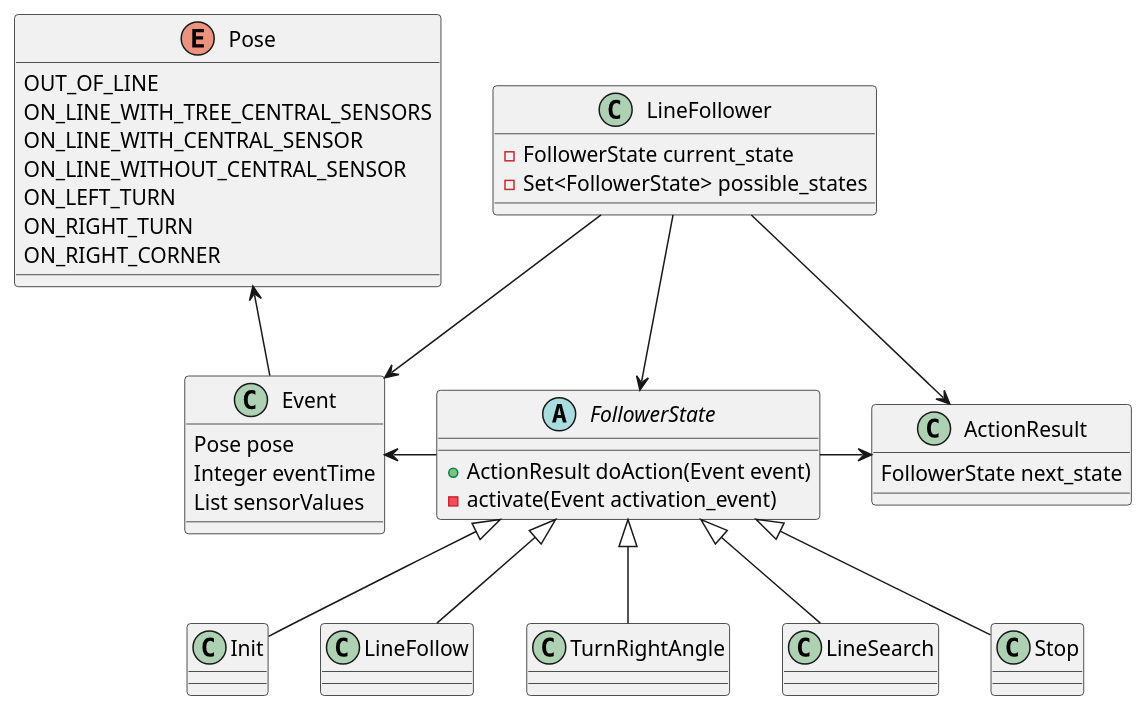
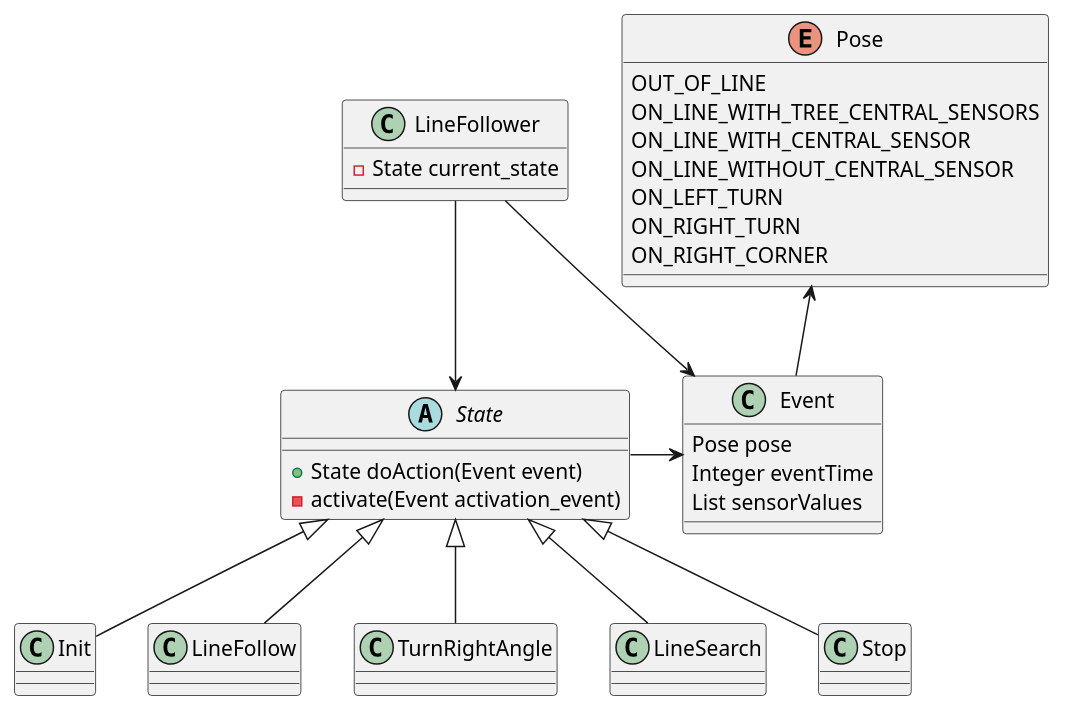
Before and after one commit to makarov-na/alpha-bot2: the diagram in doc/follower_class_diagram.puml, drawn with PlantUML.

Commit message:
#16 Class diagram for new algoritm with state machine

```diff
--- a/doc/follower_class_diagram.puml
+++ b/doc/follower_class_diagram.puml
@@ -1,48 +1,41 @@
 @startuml
 
 class LineFollower {
-    -FollowerState current_state
-    -Set<FollowerState> possible_states
+    -State current_state
 }
 
-abstract class FollowerState{
-    +ActionResult doAction(Event event)
+abstract class State{
+    +State doAction(Event event)
     -activate(Event activation_event)
 }
 
-FollowerState<|-- Init
-FollowerState<|-- LineFollow
-FollowerState<|-- TurnRightAngle
-FollowerState<|-- LineSearch
-FollowerState<|-- Stop
-
-class ActionResult {
-    FollowerState next_state
-}
+State<|-- Init
+State<|-- LineFollow
+State<|-- TurnRightAngle
+State<|-- LineSearch
+State<|-- Stop
 
 enum Pose {
     OUT_OF_LINE
     ON_LINE_WITH_TREE_CENTRAL_SENSORS
     ON_LINE_WITH_CENTRAL_SENSOR
     ON_LINE_WITHOUT_CENTRAL_SENSOR
     ON_LEFT_TURN
     ON_RIGHT_TURN
     ON_RIGHT_CORNER
 }
 
 class Event {
     Pose pose
     Integer eventTime
     List sensorValues
 }
 
-LineFollower --> ActionResult
-FollowerState -> ActionResult
-FollowerState -left-> Event
+State -right-> Event
 LineFollower  --> Event
 Event -up-> Pose
-LineFollower -down-> FollowerState
+LineFollower -down-> State
 
 
 
 @enduml
```
